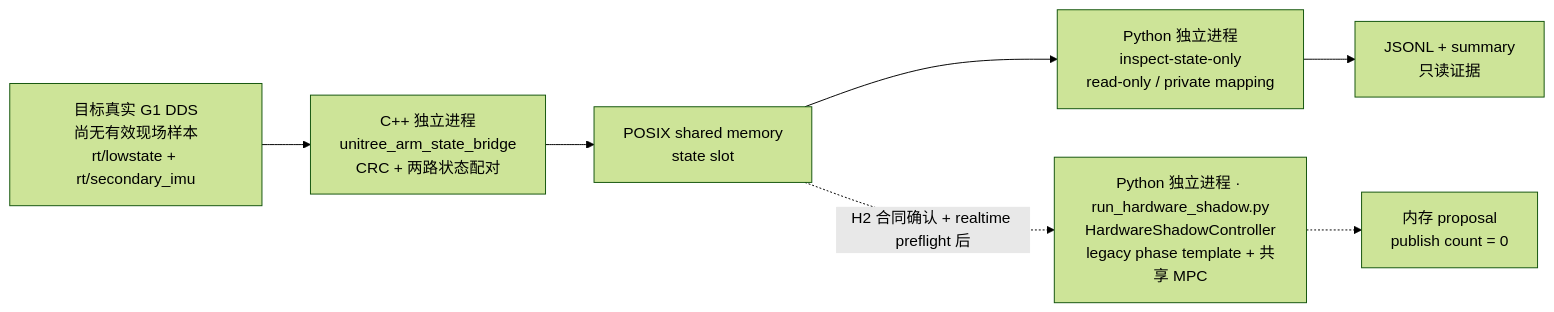
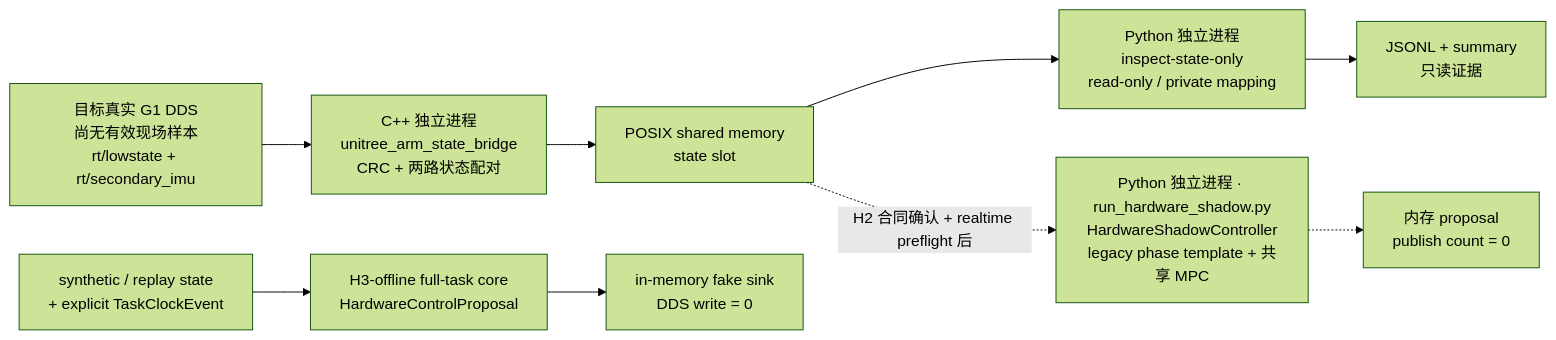
One commit to jiakefu9-hub/hold-my-beer-mpc changed the third of 4 diagrams in ARCHITECTURE.md. Above: the diagram before and after it, drawn with Mermaid (forest theme). The commit also changed other lines of this file and 14 other files, not shown here.

Commit message:
refactor: share full-task control cycle across adapters

````diff
--- a/ARCHITECTURE.md
+++ b/ARCHITECTURE.md
@@ -90,13 +93,17 @@
 ```mermaid
 flowchart LR
   G1["目标真实 G1 DDS<br/>尚无有效现场样本<br/>rt/lowstate + rt/secondary_imu"]
   Bridge["C++ 独立进程<br/>unitree_arm_state_bridge<br/>CRC + 两路状态配对"]
   SHM["POSIX shared memory<br/>state slot"]
   Inspect["Python 独立进程<br/>inspect-state-only<br/>read-only / private mapping"]
   Evidence["JSONL + summary<br/>只读证据"]
   FullShadow["Python 独立进程 · run_hardware_shadow.py<br/>HardwareShadowController<br/>legacy phase template + 共享 MPC"]
   Proposal["内存 proposal<br/>publish count = 0"]
+  Fixture["synthetic / replay state<br/>+ explicit TaskClockEvent"]
+  H3["H3-offline full-task core<br/>HardwareControlProposal"]
+  Fake["in-memory fake sink<br/>DDS write = 0"]
 
   G1 --> Bridge --> SHM --> Inspect --> Evidence
   SHM -. "H2 合同确认 + realtime preflight 后" .-> FullShadow -.-> Proposal
+  Fixture --> H3 --> Fake
 ```
````
